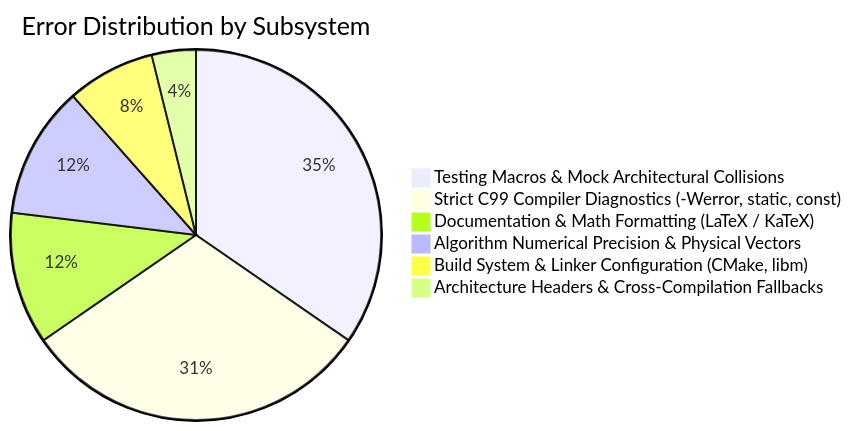
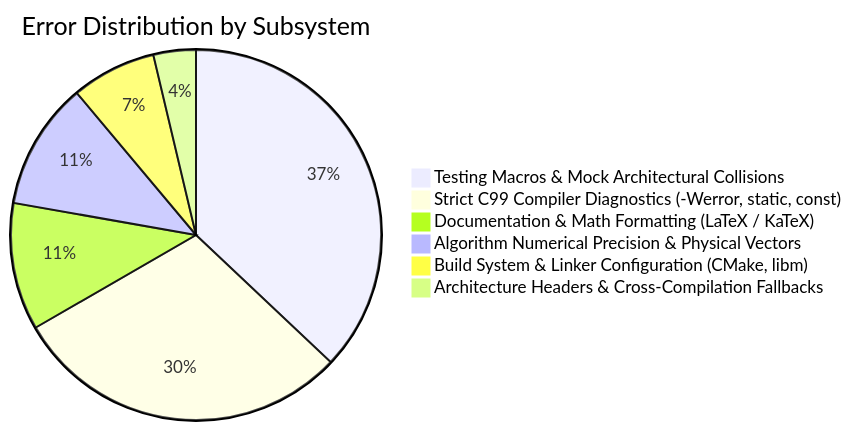
Before and after one commit to Thejus26/rain-predict: the diagram in context/errors/README.md, drawn with Mermaid. The commit also changed other lines of this file and 6 other files, not shown here.

````diff
--- a/context/errors/README.md
+++ b/context/errors/README.md
@@ -42,9 +43,9 @@
 ```mermaid
 pie title Error Distribution by Subsystem
-    "Testing Macros & Mock Architectural Collisions" : 9
+    "Testing Macros & Mock Architectural Collisions" : 10
     "Strict C99 Compiler Diagnostics (-Werror, static, const)" : 8
     "Documentation & Math Formatting (LaTeX / KaTeX)" : 3
     "Algorithm Numerical Precision & Physical Vectors" : 3
     "Build System & Linker Configuration (CMake, libm)" : 2
     "Architecture Headers & Cross-Compilation Fallbacks" : 1
 ```
````
